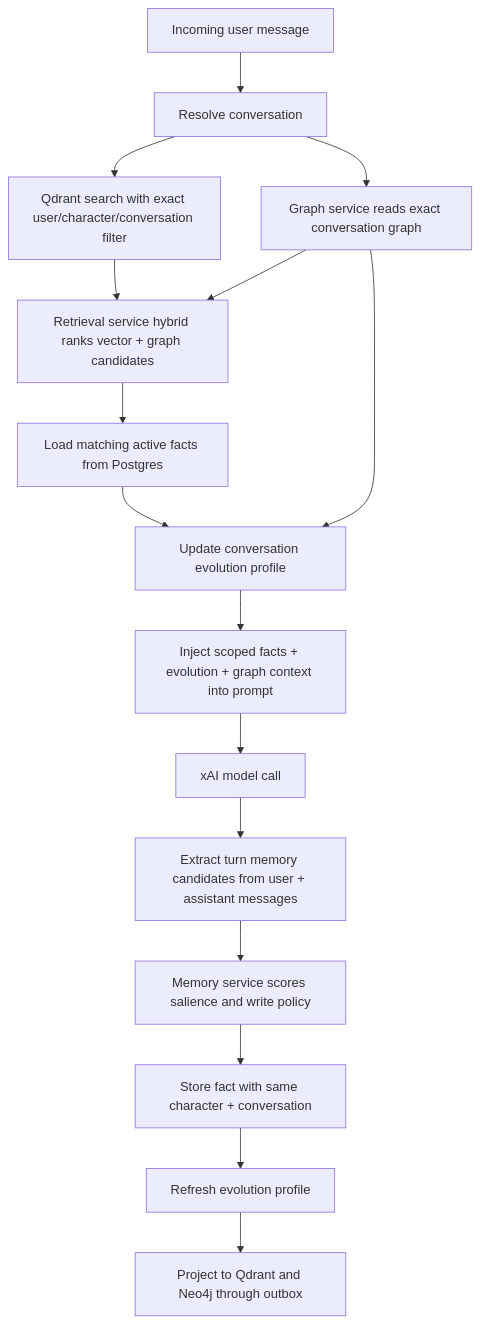
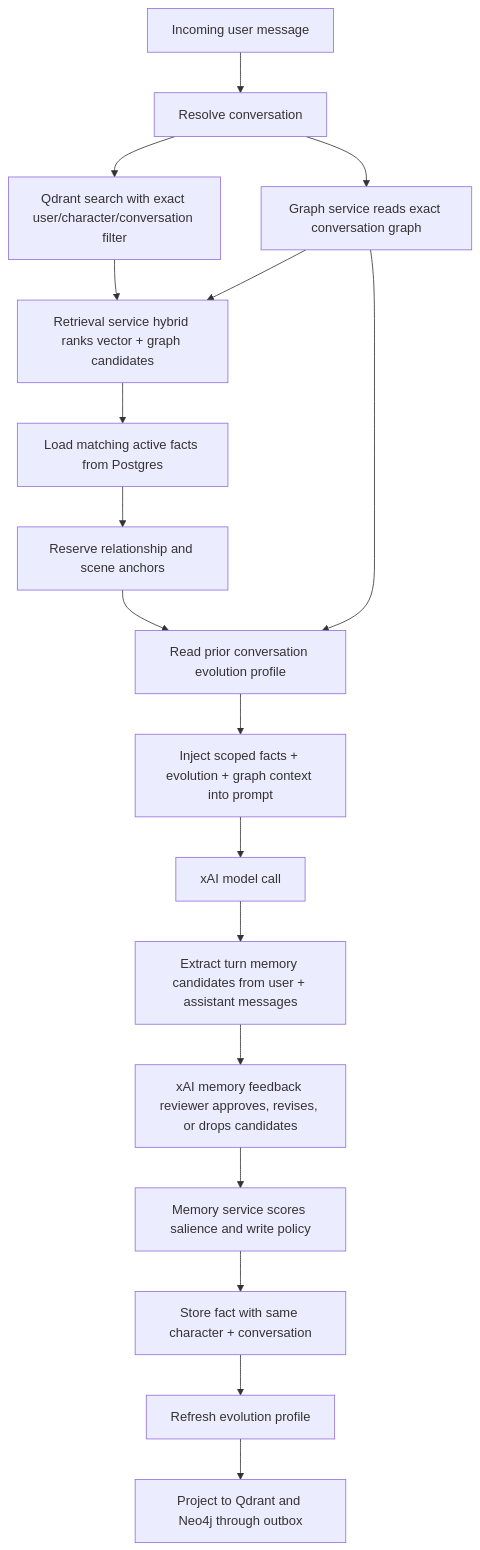
Before and after one commit to Afnanksalal/hana-chat: the diagram in docs/memory-architecture.md, drawn with Mermaid. The commit also changed other lines of this file and 75 other files, not shown here.

````diff
--- a/docs/memory-architecture.md
+++ b/docs/memory-architecture.md
@@ -19,18 +19,20 @@
 ```mermaid
 flowchart TD
   Message["Incoming user message"] --> Conversation["Resolve conversation"]
   Conversation --> Vector["Qdrant search with exact user/character/conversation filter"]
   Conversation --> Graph["Graph service reads exact conversation graph"]
   Vector --> Rank["Retrieval service hybrid ranks vector + graph candidates"]
   Graph --> Rank
   Rank --> LoadIds["Load matching active facts from Postgres"]
-  LoadIds --> Evolve["Update conversation evolution profile"]
+  LoadIds --> Anchors["Reserve relationship and scene anchors"]
+  Anchors --> Evolve["Read prior conversation evolution profile"]
   Graph --> Evolve
   Evolve --> Prompt["Inject scoped facts + evolution + graph context into prompt"]
   Prompt --> Model["xAI model call"]
   Model --> Extract["Extract turn memory candidates from user + assistant messages"]
-  Extract --> Policy["Memory service scores salience and write policy"]
+  Extract --> Review["xAI memory feedback reviewer approves, revises, or drops candidates"]
+  Review --> Policy["Memory service scores salience and write policy"]
   Policy --> Store["Store fact with same character + conversation"]
   Store --> Refresh["Refresh evolution profile"]
   Refresh --> Project["Project to Qdrant and Neo4j through outbox"]
 ```
````
